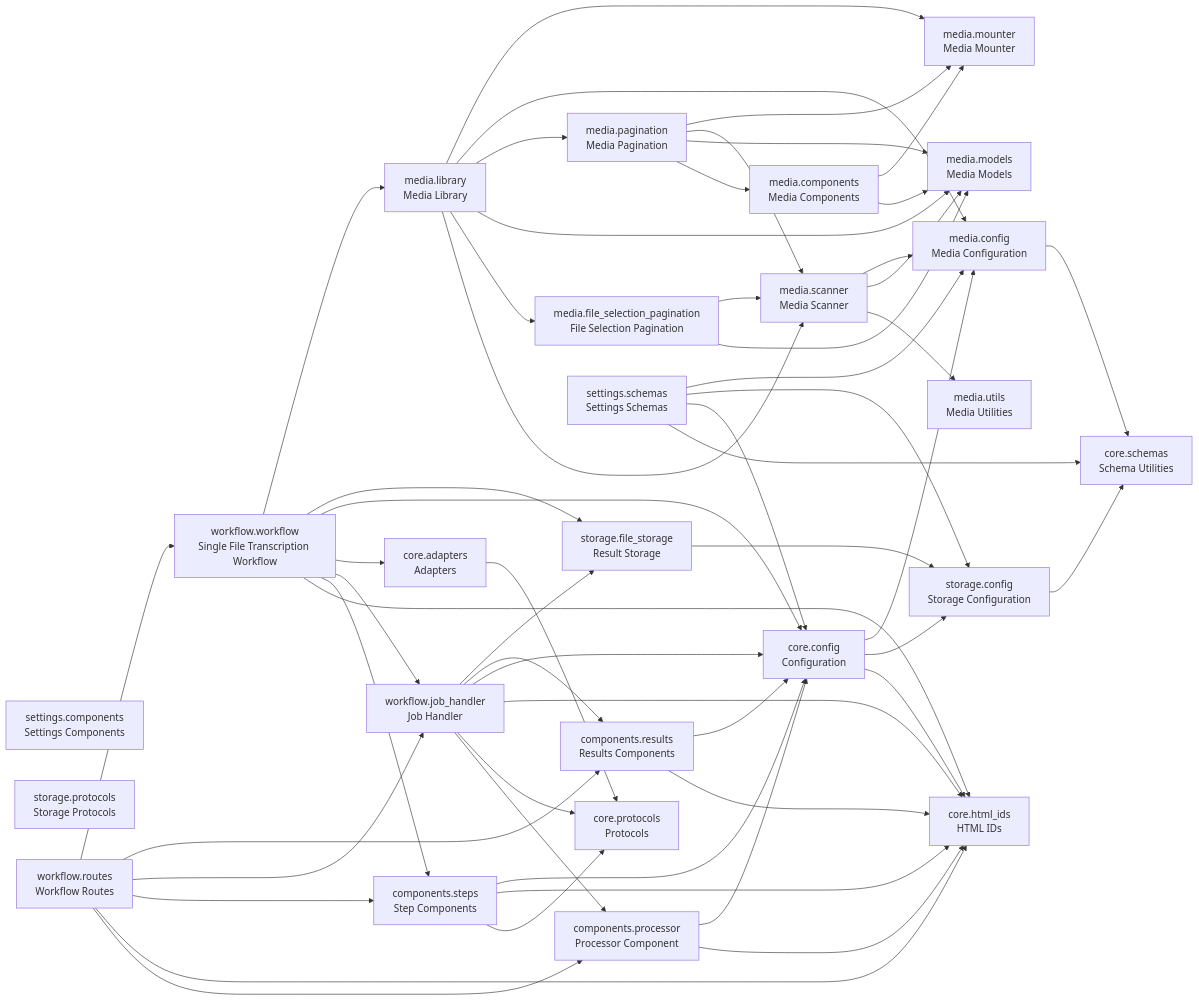
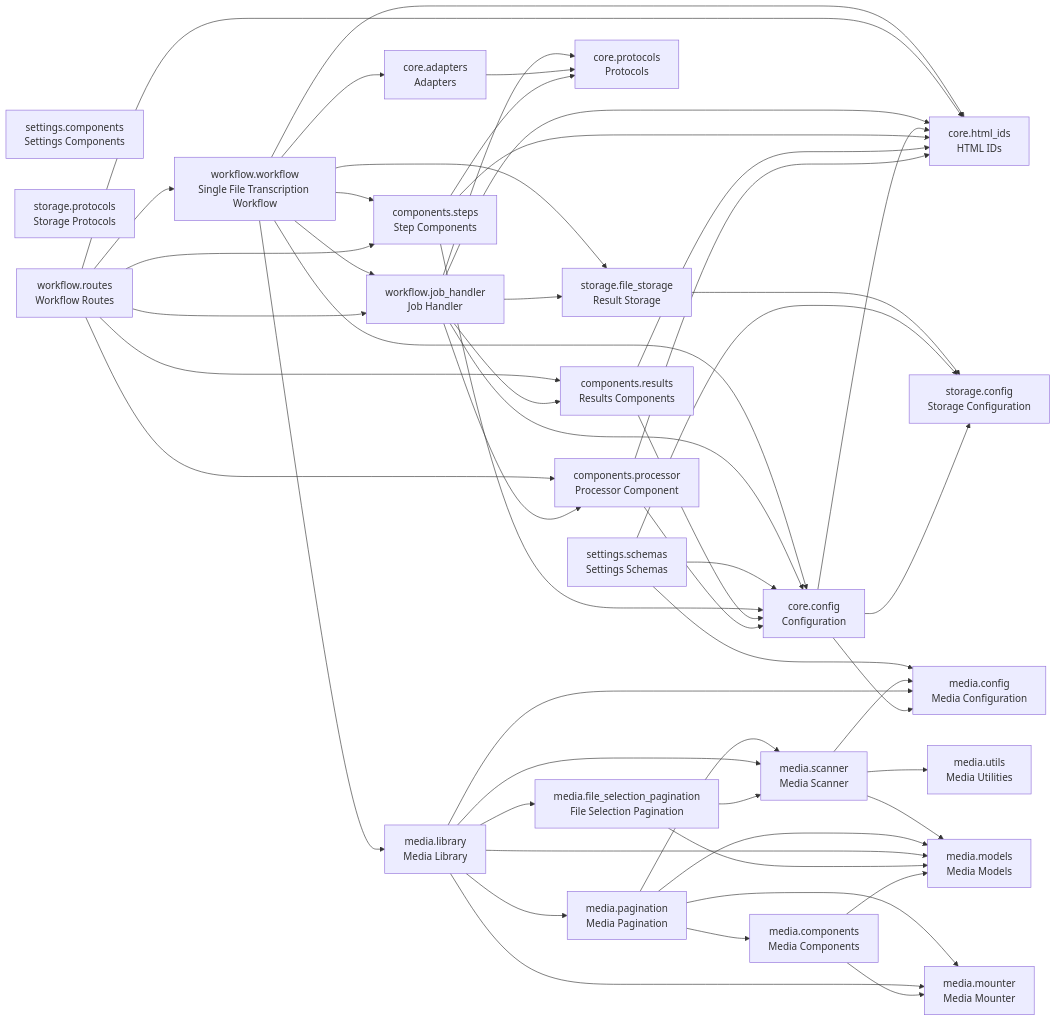
The diagram in README.md (cj-mills/cjm-fasthtml-workflow-transcription-single-file), drawn with Mermaid before and after one commit. The commit also changed other lines of this file and 10 other files, not shown here.

Commit message:
Move Dataclass-to-JSON-schema conversion utilities to the cjm_fasthtml_jsonschema library.

````diff
--- a/README.md
+++ b/README.md
@@ -57,7 +56,6 @@
     core_config[core.config<br/>Configuration]
     core_html_ids[core.html_ids<br/>HTML IDs]
     core_protocols[core.protocols<br/>Protocols]
-    core_schemas[core.schemas<br/>Schema Utilities]
     media_components[media.components<br/>Media Components]
     media_config[media.config<br/>Media Configuration]
     media_file_selection_pagination[media.file_selection_pagination<br/>File Selection Pagination]
@@ -80,54 +78,51 @@
     components_processor --> core_config
     components_results --> core_html_ids
     components_results --> core_config
-    components_steps --> core_protocols
     components_steps --> core_html_ids
     components_steps --> core_config
+    components_steps --> core_protocols
     core_adapters --> core_protocols
+    core_config --> media_config
+    core_config --> storage_config
     core_config --> core_html_ids
-    core_config --> storage_config
-    core_config --> media_config
+    media_components --> media_mounter
     media_components --> media_models
-    media_components --> media_mounter
-    media_config --> core_schemas
     media_file_selection_pagination --> media_models
     media_file_selection_pagination --> media_scanner
+    media_library --> media_config
+    media_library --> media_models
+    media_library --> media_mounter
     media_library --> media_scanner
     media_library --> media_file_selection_pagination
-    media_library --> media_models
     media_library --> media_pagination
-    media_library --> media_config
-    media_library --> media_mounter
     media_pagination --> media_components
+    media_pagination --> media_mounter
     media_pagination --> media_models
     media_pagination --> media_scanner
-    media_pagination --> media_mounter
+    media_scanner --> media_config
     media_scanner --> media_utils
     media_scanner --> media_models
-    media_scanner --> media_config
-    settings_schemas --> core_schemas
     settings_schemas --> core_config
     settings_schemas --> storage_config
     settings_schemas --> media_config
-    storage_config --> core_schemas
     storage_file_storage --> storage_config
     workflow_job_handler --> components_processor
+    workflow_job_handler --> core_html_ids
+    workflow_job_handler --> storage_file_storage
+    workflow_job_handler --> components_results
     workflow_job_handler --> core_protocols
-    workflow_job_handler --> core_html_ids
     workflow_job_handler --> core_config
-    workflow_job_handler --> components_results
-    workflow_job_handler --> storage_file_storage
     workflow_routes --> components_processor
-    workflow_routes --> core_html_ids
     workflow_routes --> components_steps
     workflow_routes --> workflow_job_handler
+    workflow_routes --> core_html_ids
+    workflow_routes --> workflow_workflow
     workflow_routes --> components_results
-    workflow_routes --> workflow_workflow
     workflow_workflow --> core_html_ids
+    workflow_workflow --> core_adapters
+    workflow_workflow --> core_config
     workflow_workflow --> components_steps
     workflow_workflow --> workflow_job_handler
-    workflow_workflow --> core_adapters
-    workflow_workflow --> core_config
+    workflow_workflow --> media_library
     workflow_workflow --> storage_file_storage
-    workflow_workflow --> media_library
 ```
````
